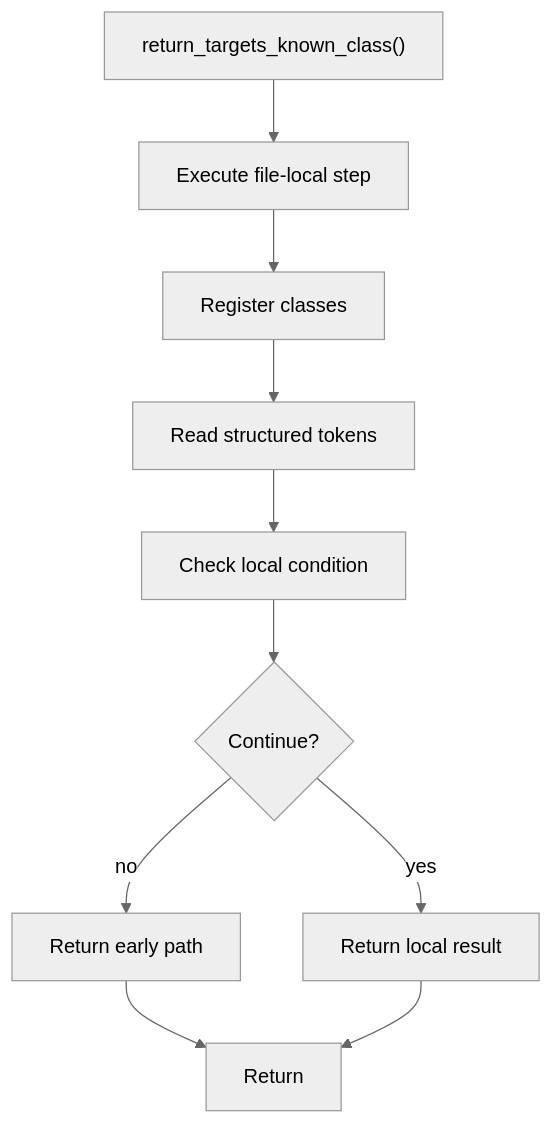
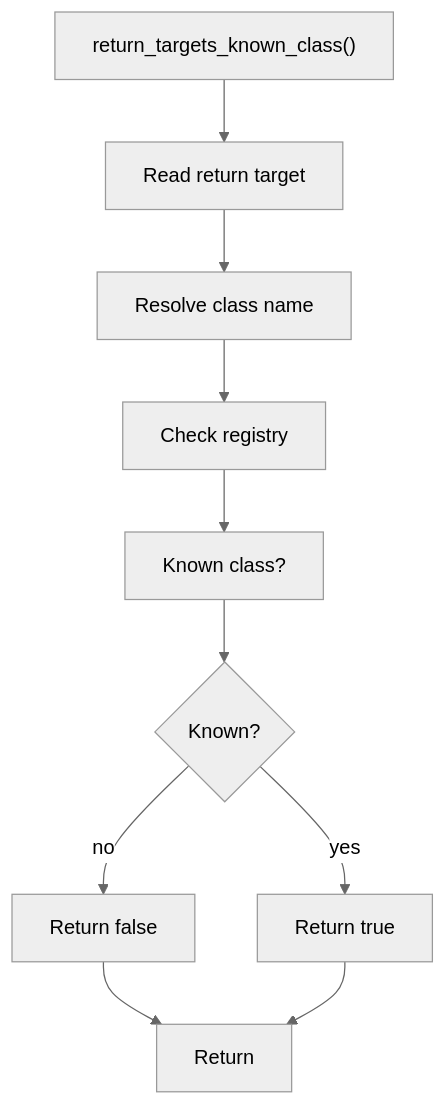
Before and after one commit to JohnAndrewBalbarosa/NeoTerritory: the diagram in docs/Codebase/Microservice/Modules/Source/Analysis/ImplementationUse/Resolution/Symbols/Query/Flow/functions/return_targets_known_class.cpp.md, drawn with Mermaid (neutral theme). The commit also changed other lines of this file and 147 other files, not shown here.

````diff
--- a/docs/Codebase/Microservice/Modules/Source/Analysis/ImplementationUse/Resolution/Symbols/Query/Flow/functions/return_targets_known_class.cpp.md
+++ b/docs/Codebase/Microservice/Modules/Source/Analysis/ImplementationUse/Resolution/Symbols/Query/Flow/functions/return_targets_known_class.cpp.md
@@ -19,21 +26,21 @@
 ```mermaid
 flowchart TD
     Start["return_targets_known_class()"]
-    N0["Execute file-local step"]
-    N1["Register classes"]
-    N2["Read structured tokens"]
-    N3["Check local condition"]
-    D3{"Continue?"}
-    R3["Return early path"]
-    N4["Return local result"]
+    N0["Read return target"]
+    N1["Resolve class name"]
+    N2["Check registry"]
+    N3["Known class?"]
+    D3{"Known?"}
+    R3["Return false"]
+    N4["Return true"]
     End["Return"]
     Start --> N0
     N0 --> N1
     N1 --> N2
     N2 --> N3
     N3 --> D3
     D3 -->|yes| N4
     D3 -->|no| R3
     R3 --> End
     N4 --> End
 ```
````
